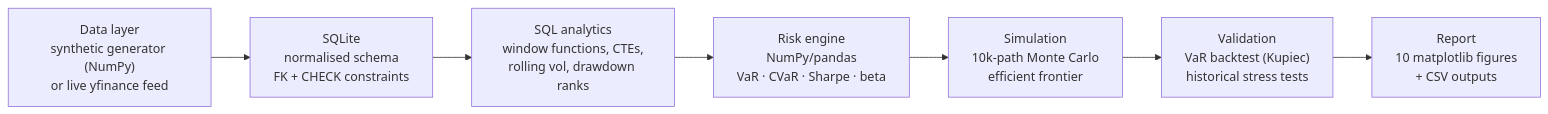
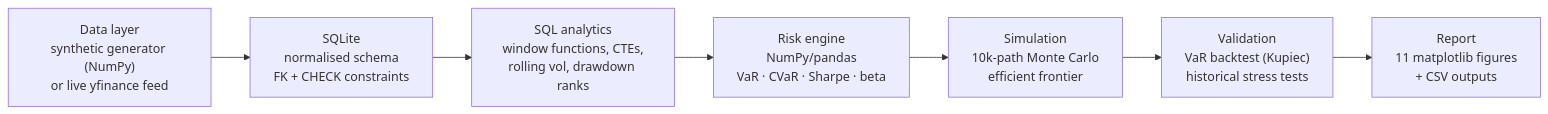
Before and after one commit to amanmir100-source/portfolio-risk-analytics: the diagram in README.md, drawn with Mermaid. The commit also changed other lines of this file and 1 other file, not shown here.

````diff
--- a/README.md
+++ b/README.md
@@ -16,9 +16,9 @@
 ```mermaid
 flowchart LR
     A["Data layer<br/>synthetic generator (NumPy)<br/>or live yfinance feed"] --> B["SQLite<br/>normalised schema<br/>FK + CHECK constraints"]
     B --> C["SQL analytics<br/>window functions, CTEs,<br/>rolling vol, drawdown ranks"]
     C --> D["Risk engine<br/>NumPy/pandas<br/>VaR · CVaR · Sharpe · beta"]
     D --> E["Simulation<br/>10k-path Monte Carlo<br/>efficient frontier"]
     E --> G["Validation<br/>VaR backtest (Kupiec)<br/>historical stress tests"]
-    G --> F["Report<br/>10 matplotlib figures<br/>+ CSV outputs"]
+    G --> F["Report<br/>11 matplotlib figures<br/>+ CSV outputs"]
 ```
````
